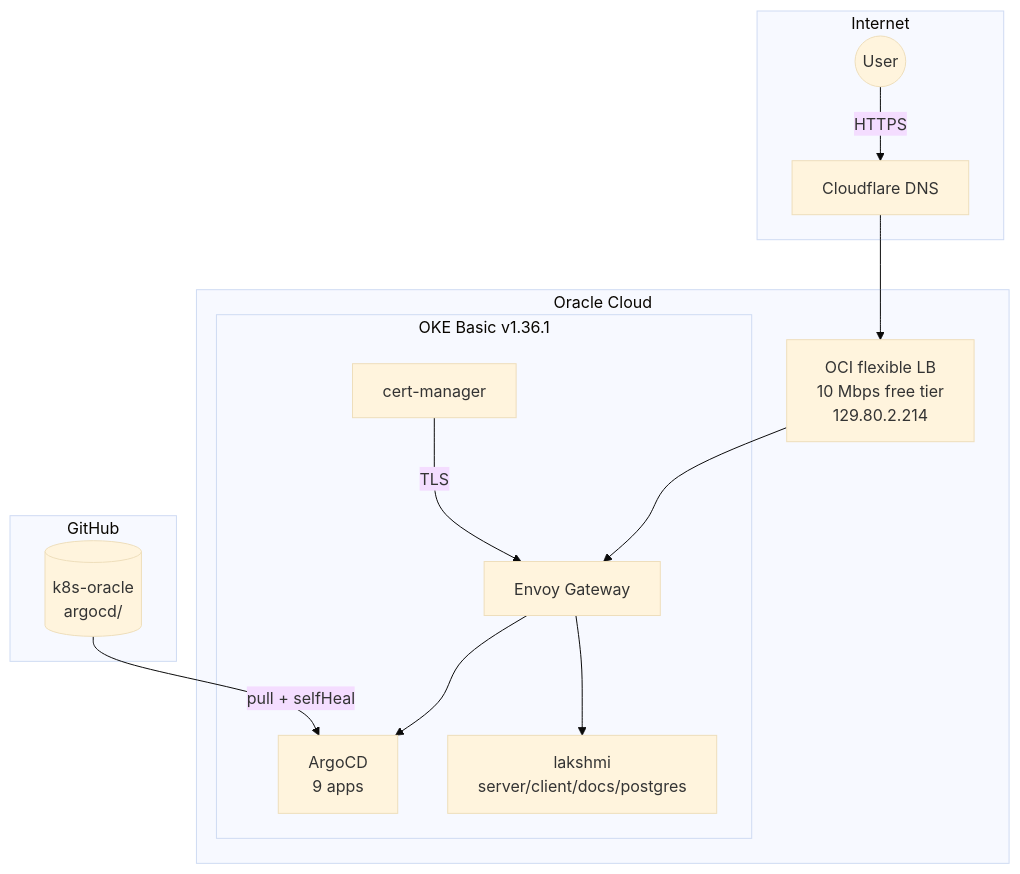
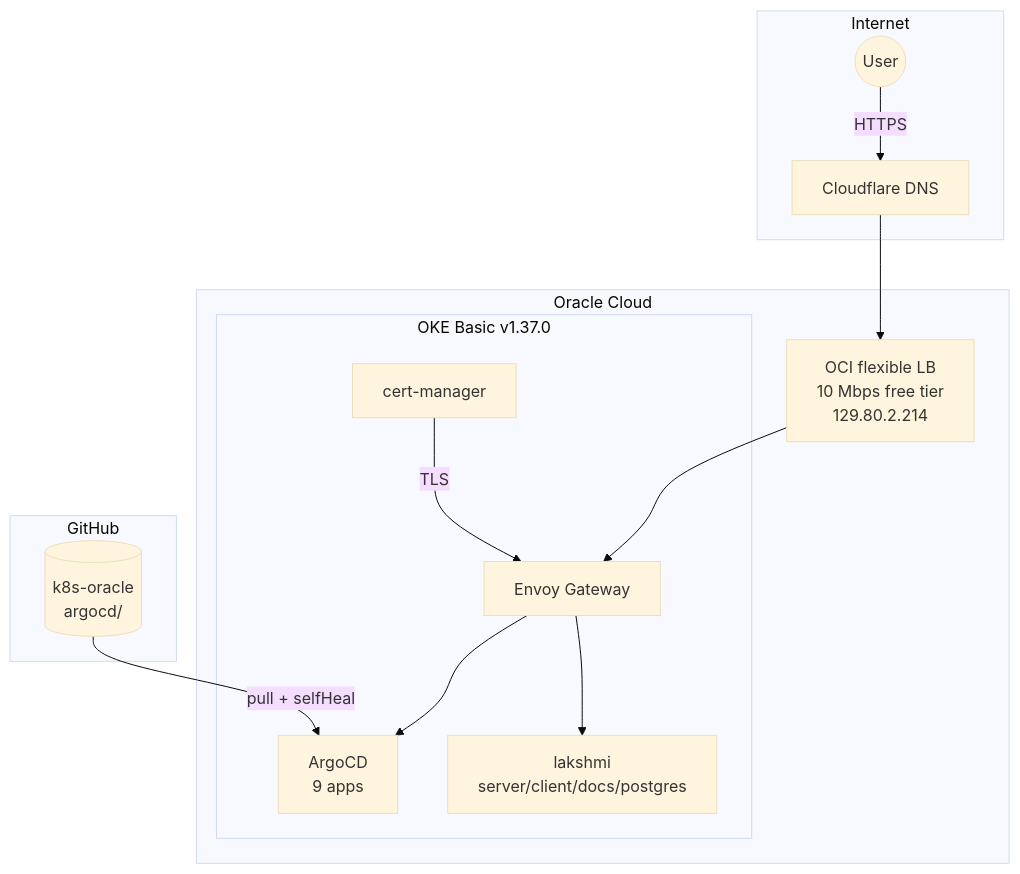
One commit to nsudhanva/k8s-oracle changed the first of 2 diagrams in README.md. Above: the diagram before and after it, drawn with Mermaid (base theme). The commit also changed other lines of this file and 10 other files, not shown here.

Commit message:
chore: upgrade OKE cluster to v1.37.0 and ArgoCD charts to latest stable

````diff
--- a/README.md
+++ b/README.md
@@ -7,29 +7,29 @@
 ```mermaid
 graph TB
     subgraph Internet
         User((User))
         CF[Cloudflare DNS]
     end
 
     subgraph OCI["Oracle Cloud"]
         LB[OCI flexible LB<br/>10 Mbps free tier<br/>129.80.2.214]
-        subgraph OKE["OKE Basic v1.36.1"]
+        subgraph OKE["OKE Basic v1.37.0"]
             EG[Envoy Gateway]
             ARGO[ArgoCD<br/>9 apps]
             LAK[lakshmi<br/>server/client/docs/postgres]
             CM[cert-manager]
         end
     end
 
     subgraph GitHub
         Repo[(k8s-oracle<br/>argocd/)]
     end
 
     User -->|HTTPS| CF
     CF --> LB
     LB --> EG
     EG --> LAK
     EG --> ARGO
     Repo -->|pull + selfHeal| ARGO
     CM -->|TLS| EG
 ```
````
